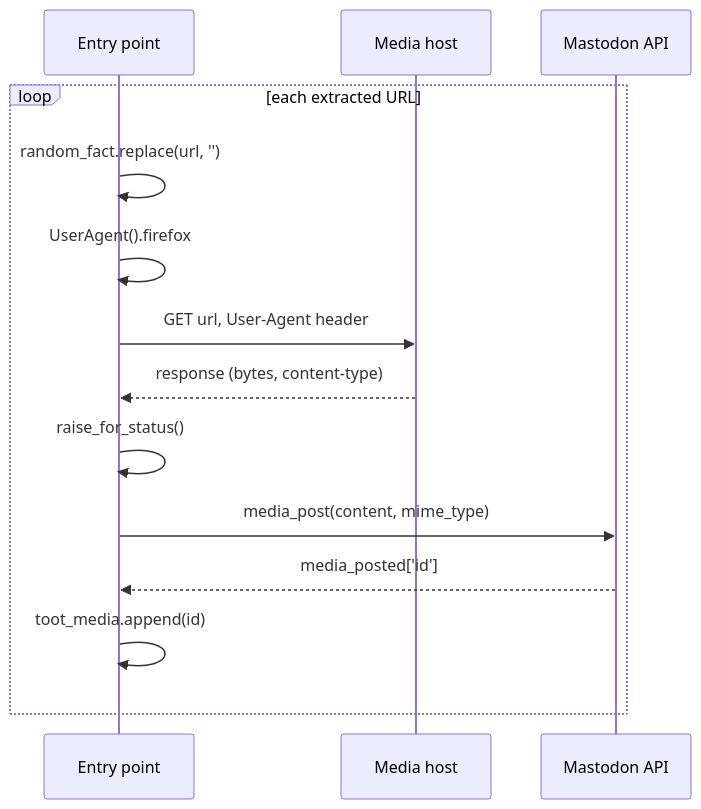
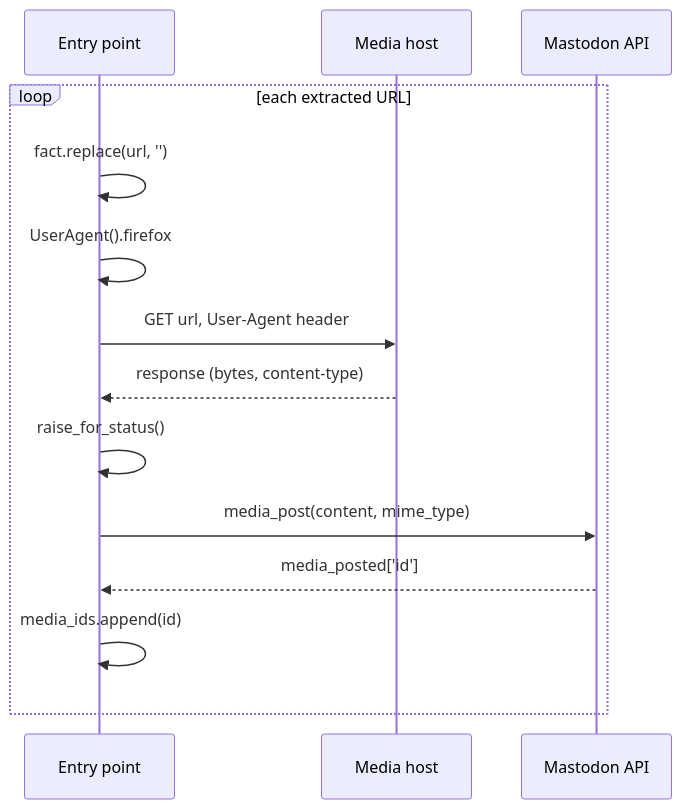
One commit to hmlendea/mastodon-random-facts-bot changed the diagram in docs/flows/media-handling.md. Above: the diagram before and after it, drawn with Mermaid. The commit also changed other lines of this file and 34 other files, not shown here.

````diff
--- a/docs/flows/media-handling.md
+++ b/docs/flows/media-handling.md
@@ -37,16 +34,16 @@
 ```mermaid
 sequenceDiagram
     participant E as Entry point
     participant MH as Media host
     participant MA as Mastodon API
     loop each extracted URL
-        E->>E: random_fact.replace(url, '')
+        E->>E: fact.replace(url, '')
         E->>E: UserAgent().firefox
         E->>MH: GET url, User-Agent header
         MH-->>E: response (bytes, content-type)
         E->>E: raise_for_status()
         E->>MA: media_post(content, mime_type)
         MA-->>E: media_posted['id']
-        E->>E: toot_media.append(id)
+        E->>E: media_ids.append(id)
     end
 ```
````
